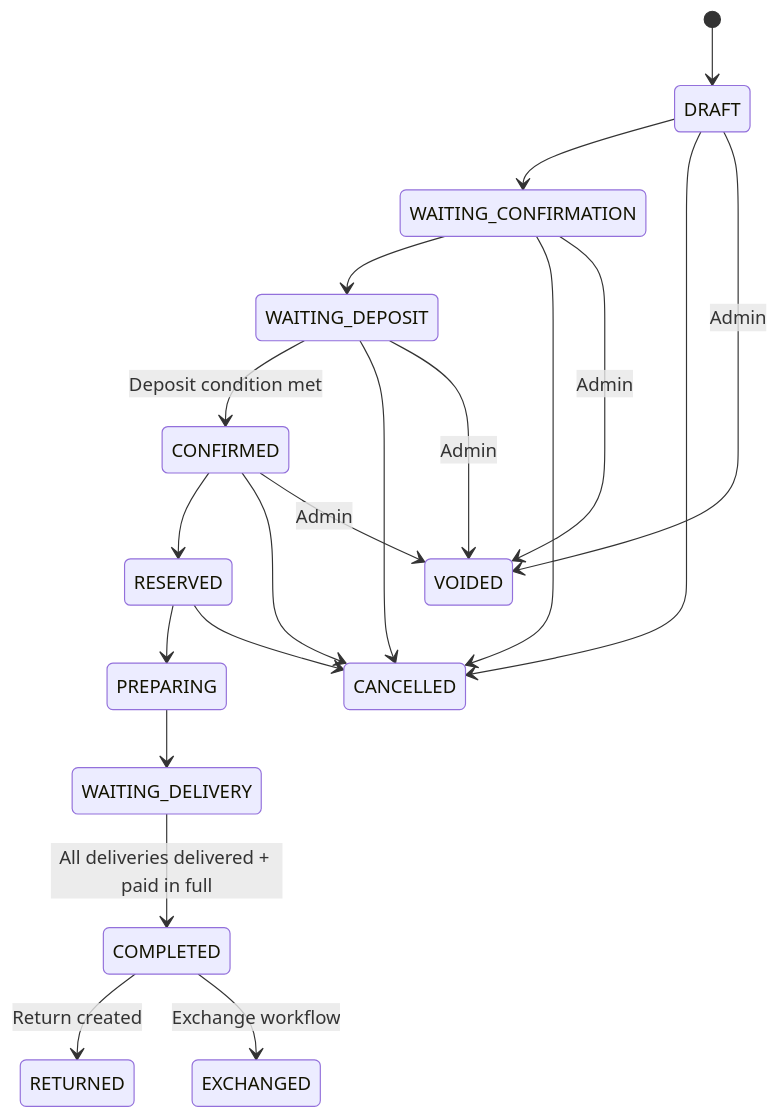
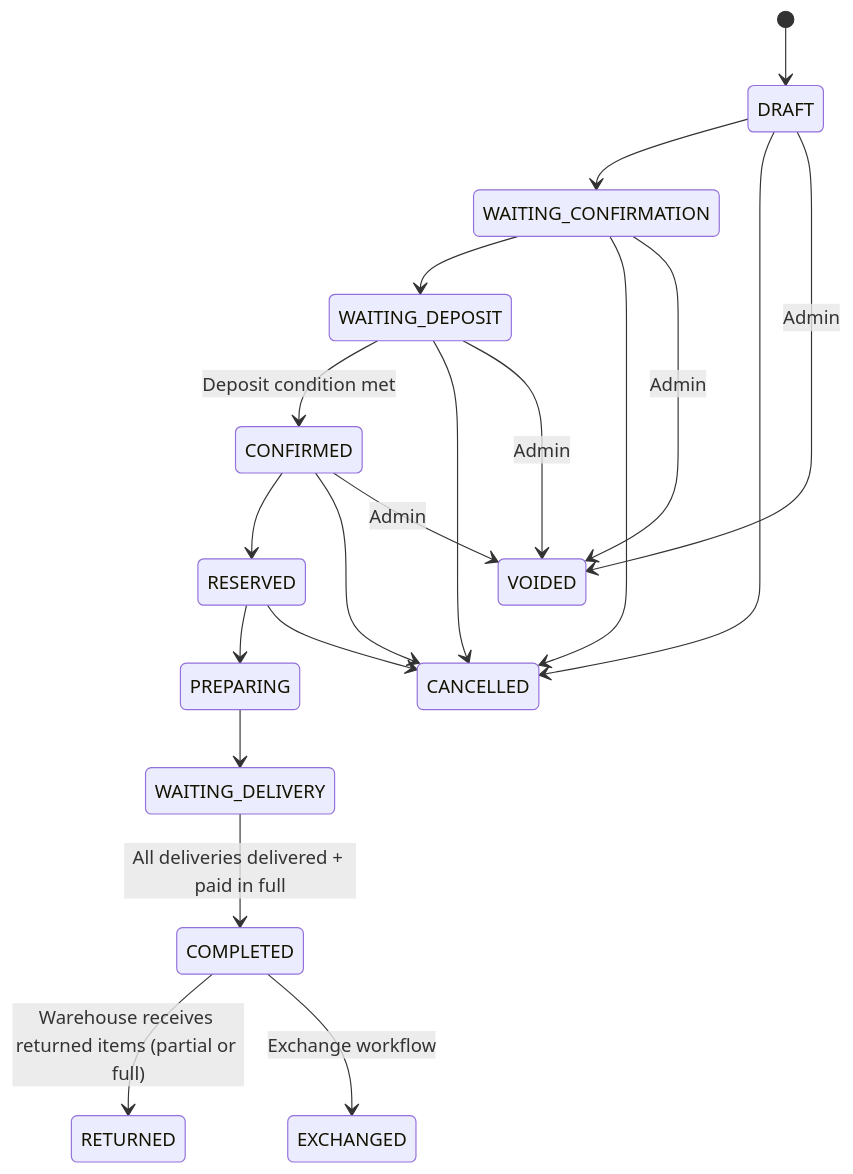
Before and after one commit to cuongnn0306/chb-tet-2027: the third of 9 diagrams in docs/architecture/TECH_DESIGN_v1.0.md, drawn with Mermaid. The commit also changed other lines of this file and 5 other files, not shown here.

````diff
--- a/docs/architecture/TECH_DESIGN_v1.0.md
+++ b/docs/architecture/TECH_DESIGN_v1.0.md
@@ -814,24 +821,24 @@
 ```mermaid
 stateDiagram-v2
     [*] --> DRAFT
     DRAFT --> WAITING_CONFIRMATION
     WAITING_CONFIRMATION --> WAITING_DEPOSIT
     WAITING_DEPOSIT --> CONFIRMED: Deposit condition met
     CONFIRMED --> RESERVED
     RESERVED --> PREPARING
     PREPARING --> WAITING_DELIVERY
     WAITING_DELIVERY --> COMPLETED: All deliveries delivered + paid in full
 
     DRAFT --> CANCELLED
     WAITING_CONFIRMATION --> CANCELLED
     WAITING_DEPOSIT --> CANCELLED
     CONFIRMED --> CANCELLED
     RESERVED --> CANCELLED
 
-    COMPLETED --> RETURNED: Return created
+    COMPLETED --> RETURNED: Warehouse receives returned items (partial or full)
     COMPLETED --> EXCHANGED: Exchange workflow
     DRAFT --> VOIDED: Admin
     WAITING_CONFIRMATION --> VOIDED: Admin
     WAITING_DEPOSIT --> VOIDED: Admin
     CONFIRMED --> VOIDED: Admin
 ```
````
